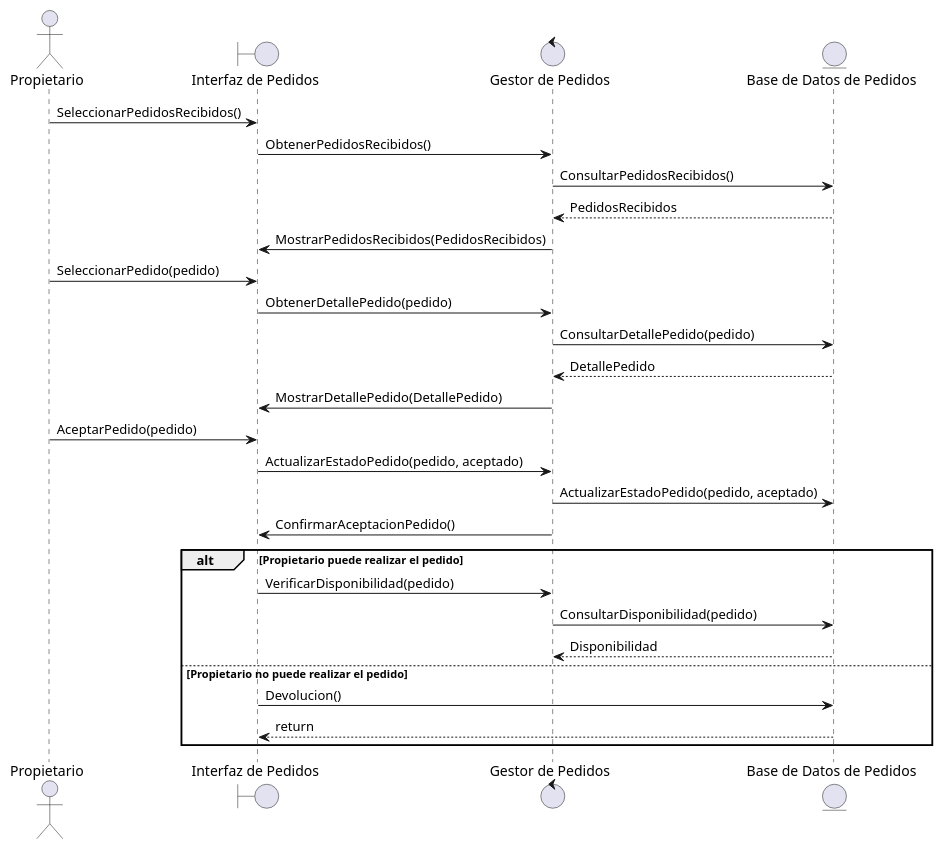
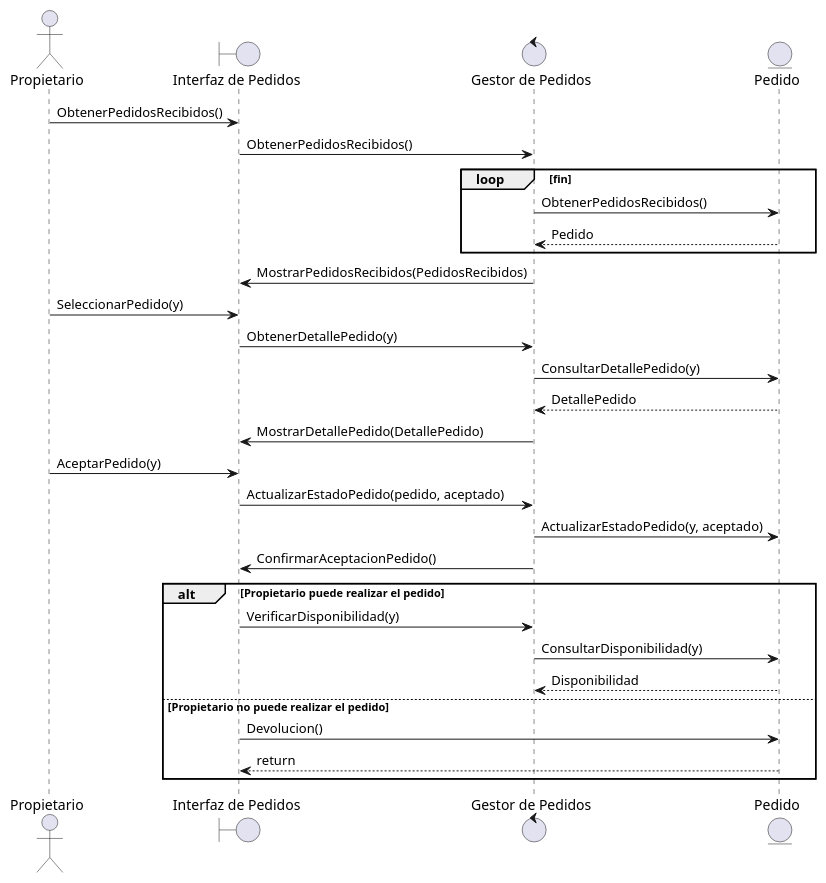
Before and after one commit to Ashwrai/Documentation_practice: the diagram in others/working-documents/sprint-4/umls/aceptar_pedido.plantuml, drawn with PlantUML. The commit also changed 2 other files, not shown here.

```diff
--- a/others/working-documents/sprint-4/umls/aceptar_pedido.plantuml
+++ b/others/working-documents/sprint-4/umls/aceptar_pedido.plantuml
@@ -1,33 +1,34 @@
 @startuml
 actor Propietario
 
 boundary "Interfaz de Pedidos"
 control "Gestor de Pedidos"
-entity "Base de Datos de Pedidos"
+entity Pedido
 
-Propietario -> "Interfaz de Pedidos": SeleccionarPedidosRecibidos()
+Propietario -> "Interfaz de Pedidos": ObtenerPedidosRecibidos()
 "Interfaz de Pedidos" -> "Gestor de Pedidos": ObtenerPedidosRecibidos()
-"Gestor de Pedidos" -> "Base de Datos de Pedidos": ConsultarPedidosRecibidos()
-"Base de Datos de Pedidos" --> "Gestor de Pedidos": PedidosRecibidos
+loop fin
+"Gestor de Pedidos" -> Pedido: ObtenerPedidosRecibidos()
+Pedido --> "Gestor de Pedidos": Pedido
+end
 "Gestor de Pedidos" -> "Interfaz de Pedidos": MostrarPedidosRecibidos(PedidosRecibidos)
-Propietario -> "Interfaz de Pedidos": SeleccionarPedido(pedido)
-"Interfaz de Pedidos" -> "Gestor de Pedidos": ObtenerDetallePedido(pedido)
-"Gestor de Pedidos" -> "Base de Datos de Pedidos": ConsultarDetallePedido(pedido)
-"Base de Datos de Pedidos" --> "Gestor de Pedidos": DetallePedido
+Propietario -> "Interfaz de Pedidos": SeleccionarPedido(y)
+"Interfaz de Pedidos" -> "Gestor de Pedidos": ObtenerDetallePedido(y)
+"Gestor de Pedidos" -> Pedido: ConsultarDetallePedido(y)
+Pedido --> "Gestor de Pedidos": DetallePedido
 "Gestor de Pedidos" -> "Interfaz de Pedidos": MostrarDetallePedido(DetallePedido)
-Propietario -> "Interfaz de Pedidos": AceptarPedido(pedido)
+Propietario -> "Interfaz de Pedidos": AceptarPedido(y)
 "Interfaz de Pedidos" -> "Gestor de Pedidos": ActualizarEstadoPedido(pedido, aceptado)
-"Gestor de Pedidos" -> "Base de Datos de Pedidos": ActualizarEstadoPedido(pedido, aceptado)
+"Gestor de Pedidos" -> Pedido: ActualizarEstadoPedido(y, aceptado)
 "Gestor de Pedidos" -> "Interfaz de Pedidos": ConfirmarAceptacionPedido()
 
 alt Propietario puede realizar el pedido
-    "Interfaz de Pedidos" -> "Gestor de Pedidos": VerificarDisponibilidad(pedido)
-    "Gestor de Pedidos" -> "Base de Datos de Pedidos": ConsultarDisponibilidad(pedido)
-    "Base de Datos de Pedidos" --> "Gestor de Pedidos": Disponibilidad
+    "Interfaz de Pedidos" -> "Gestor de Pedidos": VerificarDisponibilidad(y)
+    "Gestor de Pedidos" -> Pedido: ConsultarDisponibilidad(y)
+    Pedido --> "Gestor de Pedidos": Disponibilidad
 else Propietario no puede realizar el pedido
-    "Interfaz de Pedidos" -> "Base de Datos de Pedidos": Devolucion()
+    "Interfaz de Pedidos" -> Pedido: Devolucion()
  
-    "Base de Datos de Pedidos" --> "Interfaz de Pedidos": return
+    Pedido --> "Interfaz de Pedidos": return
 end
-
 @enduml
```
